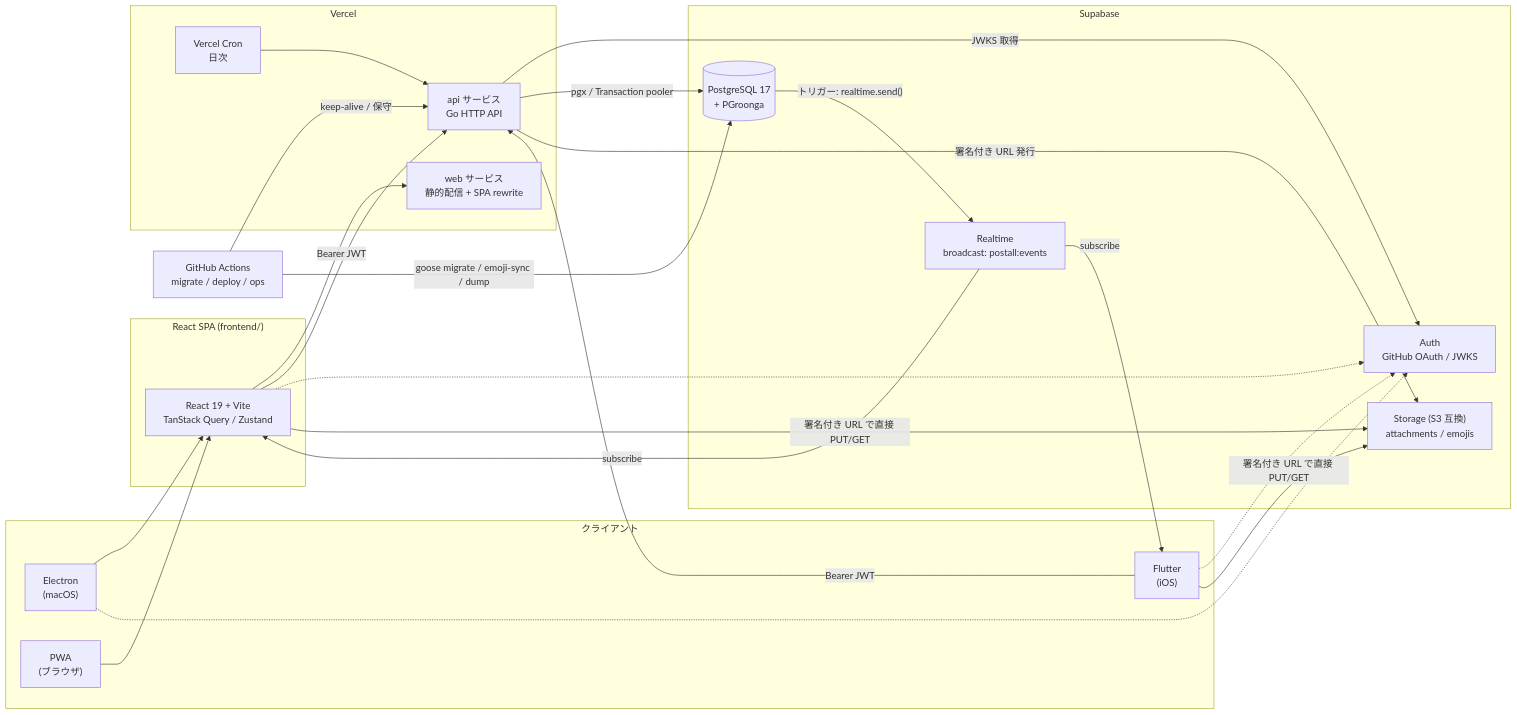
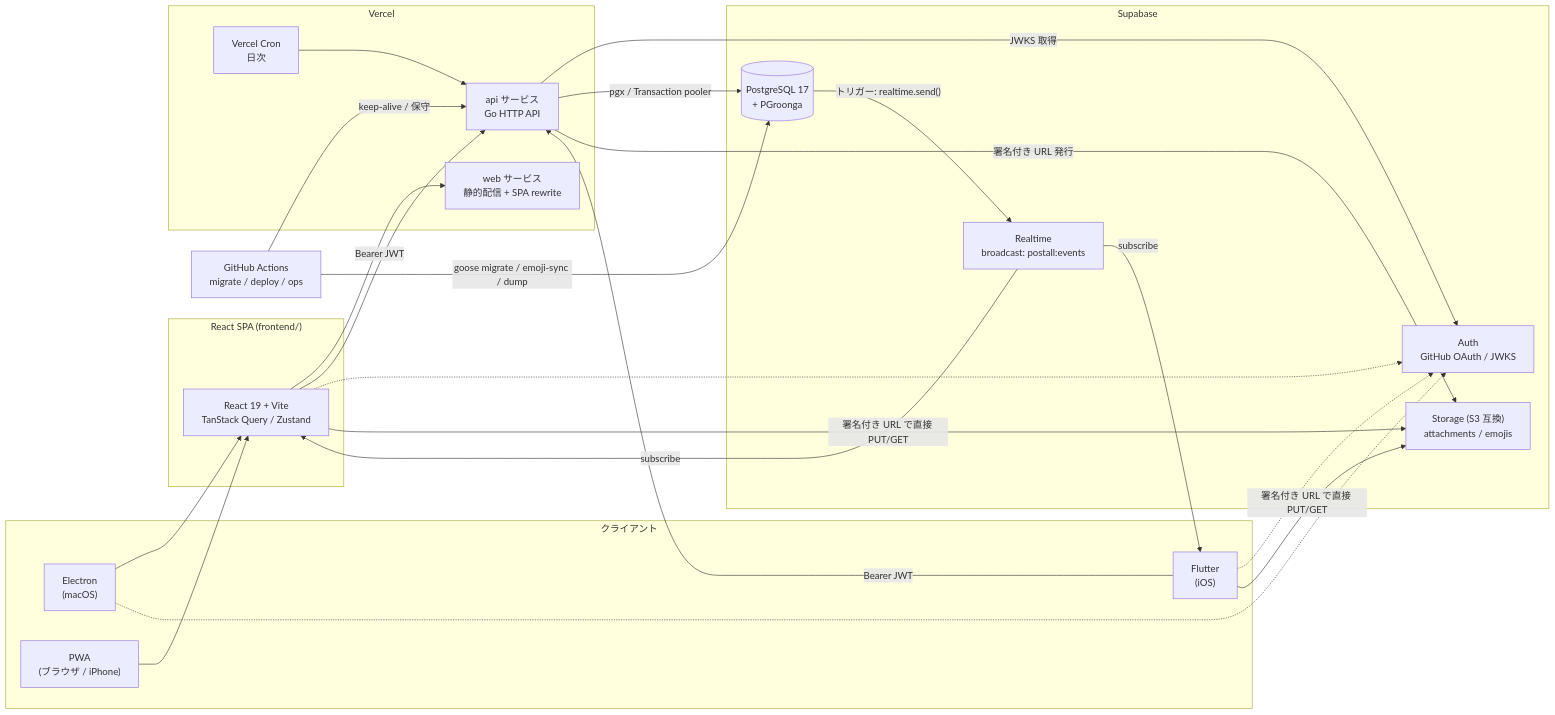
Before and after one commit to sudabon/PostAll: the first of 5 diagrams in ARCHITECTURE.md, drawn with Mermaid. The commit also changed other lines of this file and 41 other files, not shown here.

Commit message:
ARCHITECTURE.md、INSTALL.md、README.mdを更新し、iPhoneの常用経路やPWAのインストール手順を明確化しました。また、Electronのウィンドウサイズを調整し、テストを追加しました。フロントエンドのメタデータを強化し、狭幅表示に対応するための新しいセンサーを実装しました。さらに、トークンの保存方法を改善し、UIの状態管理を強化しました。

````diff
--- a/ARCHITECTURE.md
+++ b/ARCHITECTURE.md
@@ -14,52 +14,52 @@
 ```mermaid
 flowchart LR
     subgraph clients["クライアント"]
         electron["Electron<br/>(macOS)"]
-        pwa["PWA<br/>(ブラウザ)"]
+        pwa["PWA<br/>(ブラウザ / iPhone)"]
         ios["Flutter<br/>(iOS)"]
     end
 
     subgraph web["React SPA (frontend/)"]
         spa["React 19 + Vite<br/>TanStack Query / Zustand"]
     end
 
     subgraph vercel["Vercel"]
         static["web サービス<br/>静的配信 + SPA rewrite"]
         api["api サービス<br/>Go HTTP API"]
         cron["Vercel Cron<br/>日次"]
     end
 
     subgraph supabase["Supabase"]
         auth["Auth<br/>GitHub OAuth / JWKS"]
         pg[("PostgreSQL 17<br/>+ PGroonga")]
         storage["Storage (S3 互換)<br/>attachments / emojis"]
         realtime["Realtime<br/>broadcast: postall:events"]
     end
 
     gha["GitHub Actions<br/>migrate / deploy / ops"]
 
     electron --> spa
     pwa --> spa
     spa --> static
     spa -- "Bearer JWT" --> api
     ios -- "Bearer JWT" --> api
 
     spa -.-> auth
     ios -.-> auth
     electron -.-> auth
 
     api -- "JWKS 取得" --> auth
     api -- "pgx / Transaction pooler" --> pg
     api -- "署名付き URL 発行" --> storage
 
     spa -- "署名付き URL で直接 PUT/GET" --> storage
     ios -- "署名付き URL で直接 PUT/GET" --> storage
 
     pg -- "トリガー: realtime.send()" --> realtime
     realtime -- "subscribe" --> spa
     realtime -- "subscribe" --> ios
 
     cron --> api
     gha -- "keep-alive / 保守" --> api
     gha -- "goose migrate / emoji-sync / dump" --> pg
 ```
````
